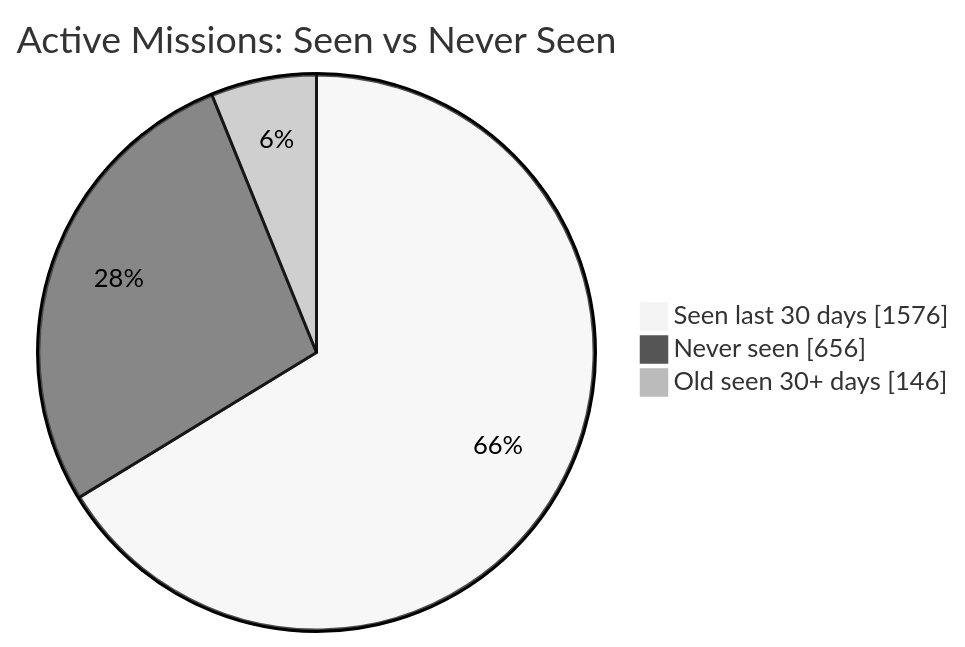
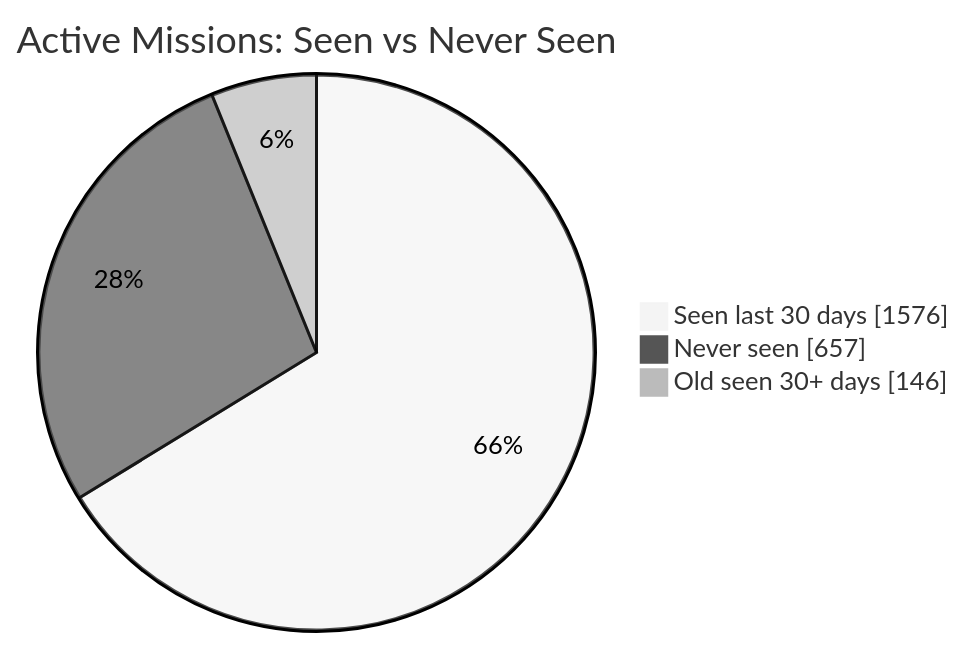
The first of 2 diagrams in README.md (MeldkamerspelGameTeam/active-missions), drawn with Mermaid (neutral theme) before and after one commit. The commit also changed other lines of this file and 4 other files, not shown here.

````diff
--- a/README.md
+++ b/README.md
@@ -34,7 +34,7 @@
 ```mermaid
 pie showData
     title Active Missions: Seen vs Never Seen
     "Seen last 30 days" : 1576
-    "Never seen" : 656
+    "Never seen" : 657
     "Old seen 30+ days" : 146
 ```
````
